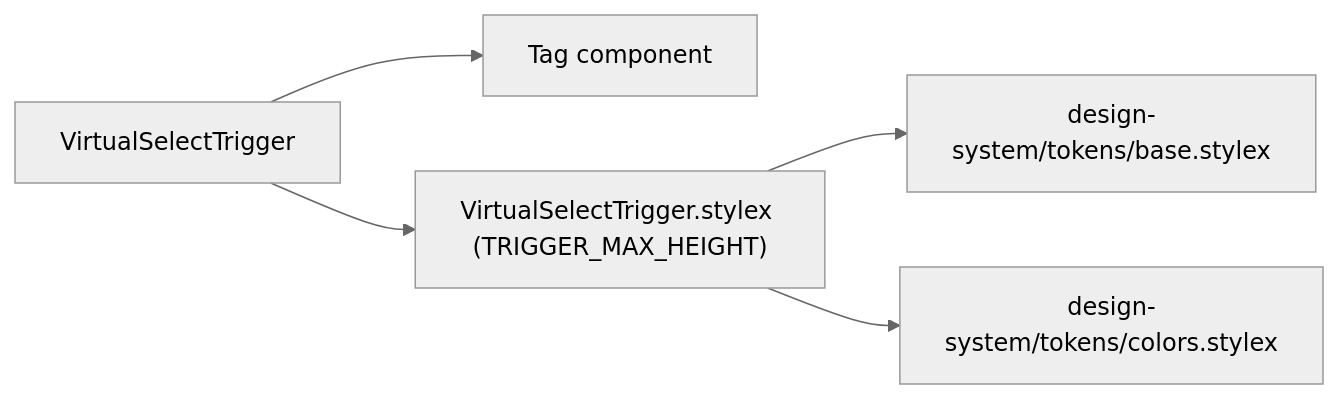
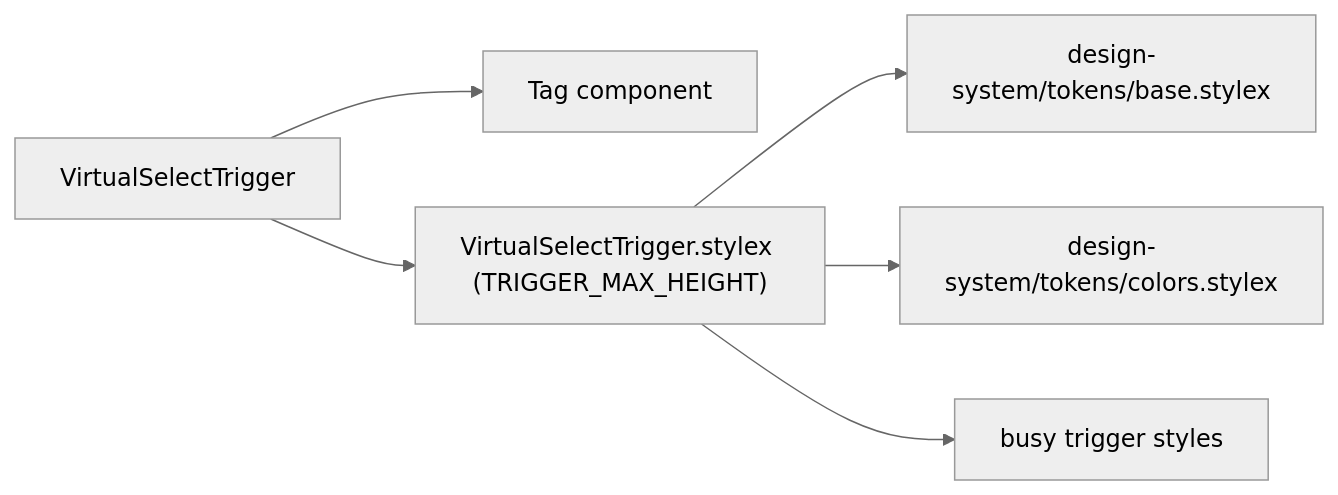
The first of 2 diagrams in apps/react-router/src/components/VirtualSelect/VirtualSelectTrigger/ARCHITECTURE.md (luciocabrera/lcabrera-stack), drawn with Mermaid (neutral theme) before and after one commit. The commit also changed other lines of this file and 30 other files, not shown here.

````diff
--- a/apps/react-router/src/components/VirtualSelect/VirtualSelectTrigger/ARCHITECTURE.md
+++ b/apps/react-router/src/components/VirtualSelect/VirtualSelectTrigger/ARCHITECTURE.md
@@ -17,7 +18,8 @@
 ```mermaid
 graph LR
   VST["VirtualSelectTrigger"] --> Tag["Tag component"]
   VST --> VST_stylex["VirtualSelectTrigger.stylex (TRIGGER_MAX_HEIGHT)"]
   VST_stylex --> base_tokens["design-system/tokens/base.stylex"]
   VST_stylex --> colors["design-system/tokens/colors.stylex"]
+  VST_stylex --> busy["busy trigger styles"]
 ```
````
